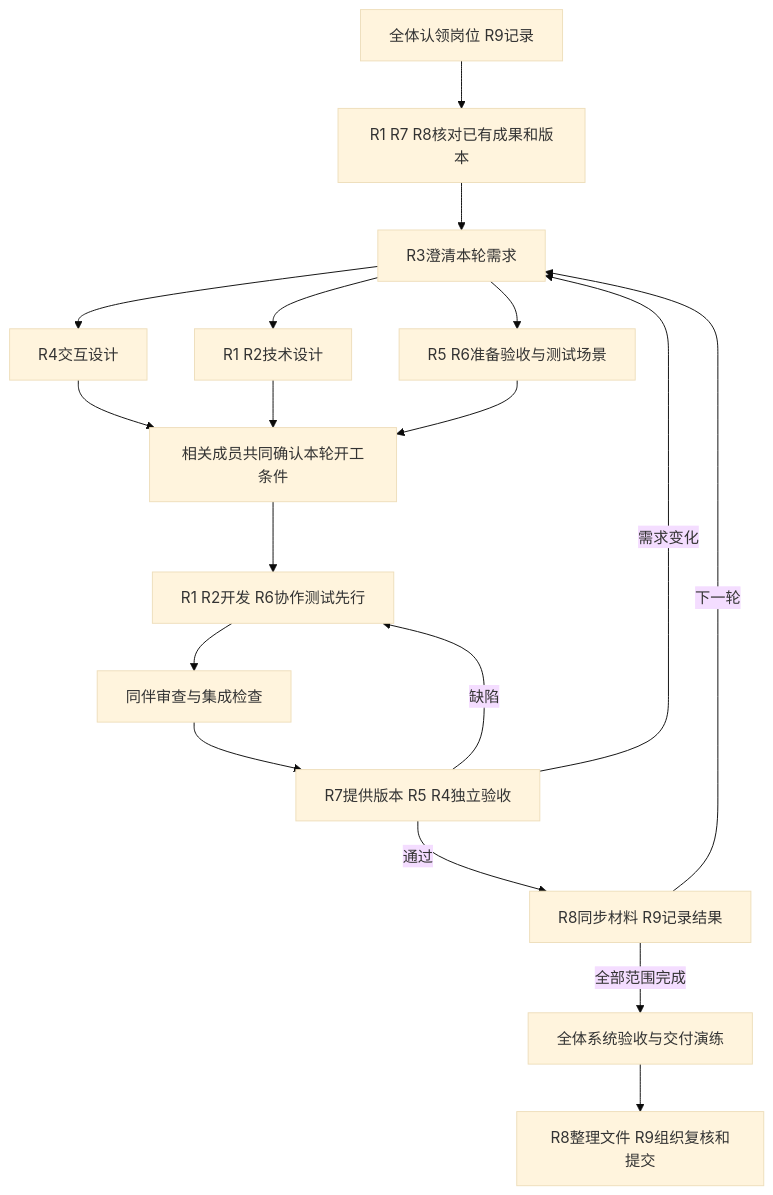
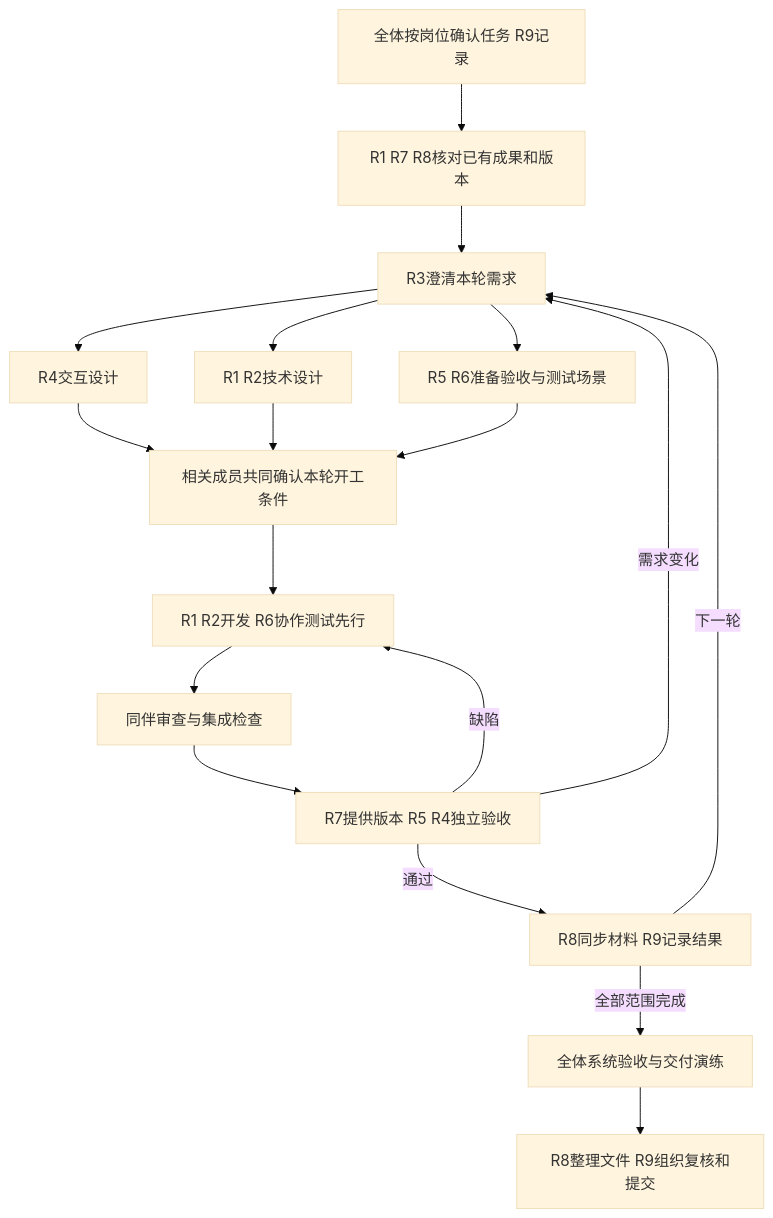
One commit to JianYhan/Campus-Neighbour changed the diagram in docs/team-workflow.md. Above: the diagram before and after it, drawn with Mermaid (base theme). The commit also changed other lines of this file and 17 other files, not shown here.

````diff
--- a/docs/team-workflow.md
+++ b/docs/team-workflow.md
@@ -282,20 +300,20 @@
 ```mermaid
 flowchart TD
-    A[全体认领岗位 R9记录] --> B[R1 R7 R8核对已有成果和版本]
+    A[全体按岗位确认任务 R9记录] --> B[R1 R7 R8核对已有成果和版本]
     B --> C[R3澄清本轮需求]
     C --> D[R4交互设计]
     C --> E[R1 R2技术设计]
     C --> F[R5 R6准备验收与测试场景]
     D --> G[相关成员共同确认本轮开工条件]
     E --> G
     F --> G
     G --> H[R1 R2开发 R6协作测试先行]
     H --> I[同伴审查与集成检查]
     I --> J[R7提供版本 R5 R4独立验收]
     J -->|缺陷| H
     J -->|需求变化| C
     J -->|通过| K[R8同步材料 R9记录结果]
     K -->|下一轮| C
     K -->|全部范围完成| L[全体系统验收与交付演练]
     L --> M[R8整理文件 R9组织复核和提交]
 ```
````
